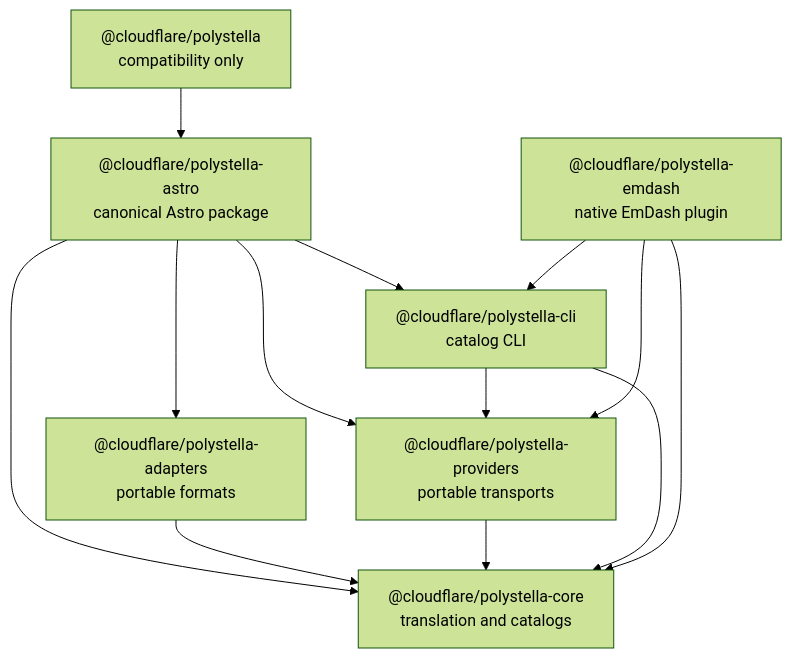
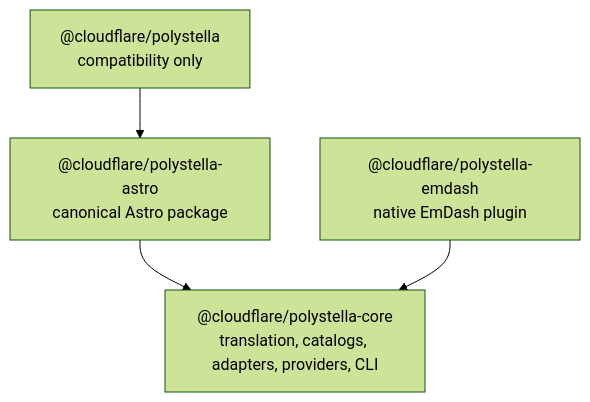
The first of 3 diagrams in PACKAGE_ARCHITECTURE.md (cloudflare/polystella), drawn with Mermaid (forest theme) before and after one commit. The commit also changed other lines of this file and 157 other files, not shown here.

````diff
--- a/PACKAGE_ARCHITECTURE.md
+++ b/PACKAGE_ARCHITECTURE.md
@@ -14,15 +14,6 @@
 ```mermaid
 flowchart TD
   compat["@cloudflare/polystella<br/>compatibility only"] --> astro["@cloudflare/polystella-astro<br/>canonical Astro package"]
-  astro --> adapters["@cloudflare/polystella-adapters<br/>portable formats"]
-  astro --> cli["@cloudflare/polystella-cli<br/>catalog CLI"]
-  astro --> providers["@cloudflare/polystella-providers<br/>portable transports"]
-  astro --> core["@cloudflare/polystella-core<br/>translation and catalogs"]
-  adapters --> core
-  providers --> core
-  cli --> core
-  cli --> providers
+  astro --> core["@cloudflare/polystella-core<br/>translation, catalogs, adapters, providers, CLI"]
   emdash["@cloudflare/polystella-emdash<br/>native EmDash plugin"] --> core
-  emdash --> cli
-  emdash --> providers
 ```
````
